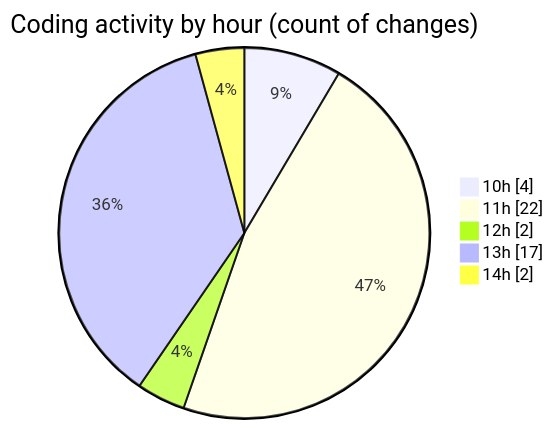
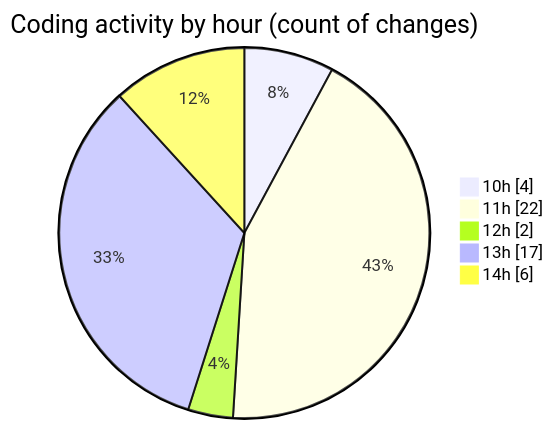
The second of 2 diagrams in 2025-09-15/nxtqube_webapp/README.md (nxtqubesakshisongat/code-tracking), drawn with Mermaid before and after one commit. The commit also changed other lines of this file and 1 other file, not shown here.

````diff
--- a/2025-09-15/nxtqube_webapp/README.md
+++ b/2025-09-15/nxtqube_webapp/README.md
@@ -31,9 +31,9 @@
 ```mermaid
 pie showData
 title Coding activity by hour (count of changes)
 "10h" : 4
 "11h" : 22
 "12h" : 2
 "13h" : 17
-"14h" : 2
+"14h" : 6
 ```
````
